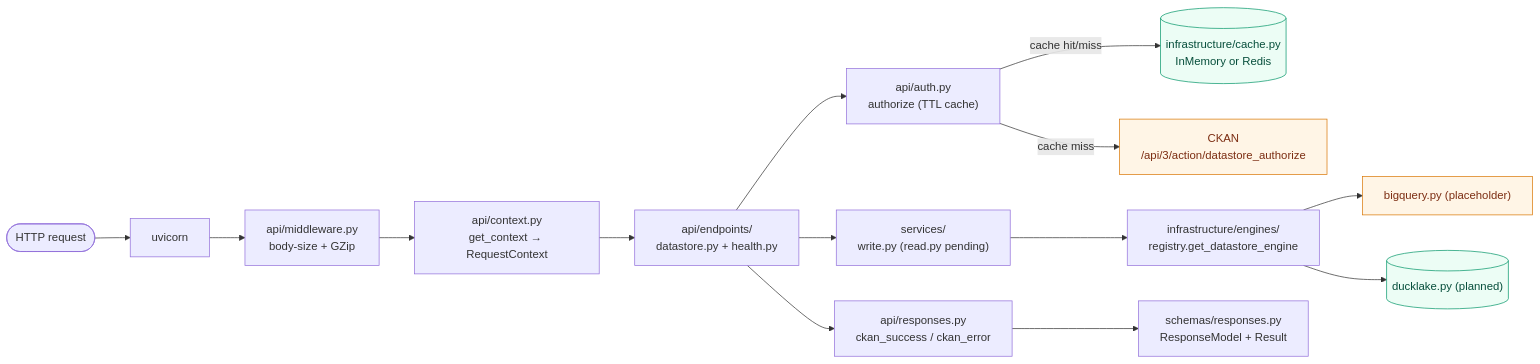
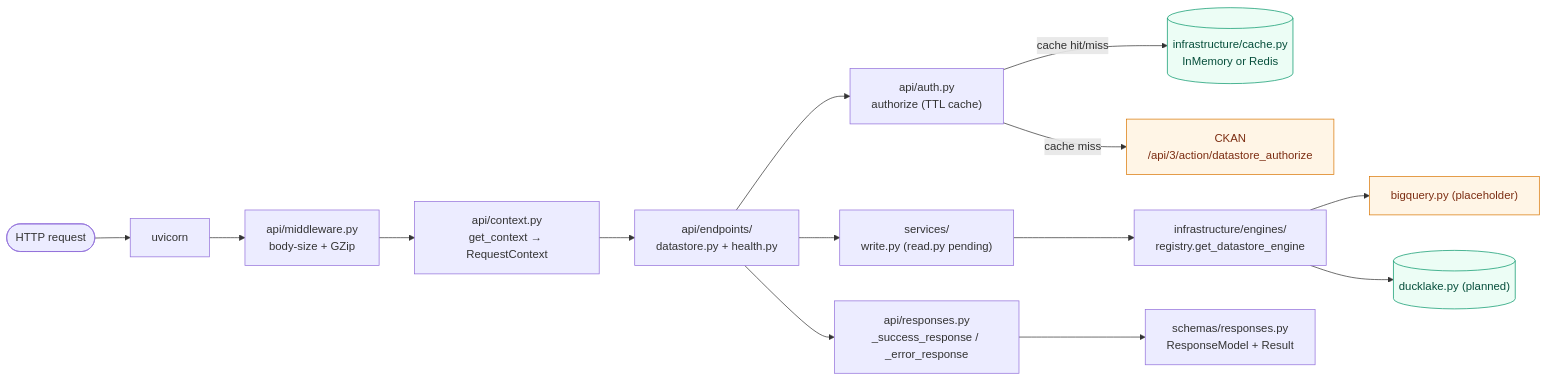
Before and after one commit to datopian/datastore: the second of 2 diagrams in CLAUDE.md, drawn with Mermaid. The commit also changed other lines of this file and 5 other files, not shown here.

First line of the commit message:
Refactor (api): rename ckan_success / ckan_error → _success_response / _error_response

````diff
--- a/CLAUDE.md
+++ b/CLAUDE.md
@@ -267,21 +267,21 @@
 ```mermaid
 flowchart LR
     HTTP([HTTP request]) --> Uvicorn["uvicorn"]
     Uvicorn --> MW["api/middleware.py\nbody-size + GZip"]
     MW --> Ctx["api/context.py\nget_context → RequestContext"]
     Ctx --> Routes["api/endpoints/\ndatastore.py + health.py"]
     Routes --> Auth["api/auth.py\nauthorize (TTL cache)"]
     Auth -->|cache hit/miss| Cache[("infrastructure/cache.py\nInMemory or Redis")]
     Auth -->|cache miss| CKANSvc["CKAN\n/api/3/action/datastore_authorize"]
     Routes --> Svc["services/\nwrite.py (read.py pending)"]
     Svc --> Eng["infrastructure/engines/\nregistry.get_datastore_engine"]
     Eng --> BQ["bigquery.py (placeholder)"]
     Eng --> DL[("ducklake.py (planned)")]
-    Routes --> Resp["api/responses.py\nckan_success / ckan_error"]
+    Routes --> Resp["api/responses.py\n_success_response / _error_response"]
     Resp --> Schema["schemas/responses.py\nResponseModel + Result"]
 
     classDef ext fill:#fff5e6,stroke:#d97706,color:#7c2d12
     classDef store fill:#ecfdf5,stroke:#059669,color:#064e3b
     class CKANSvc,BQ ext
     class Cache,DL store
 ```
````
